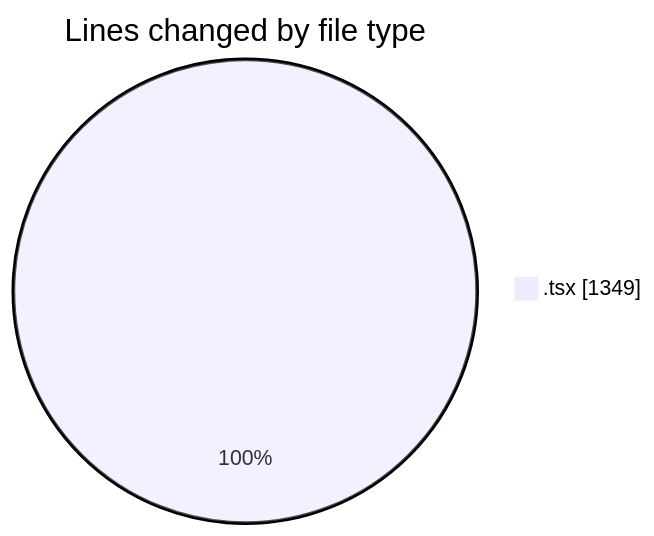
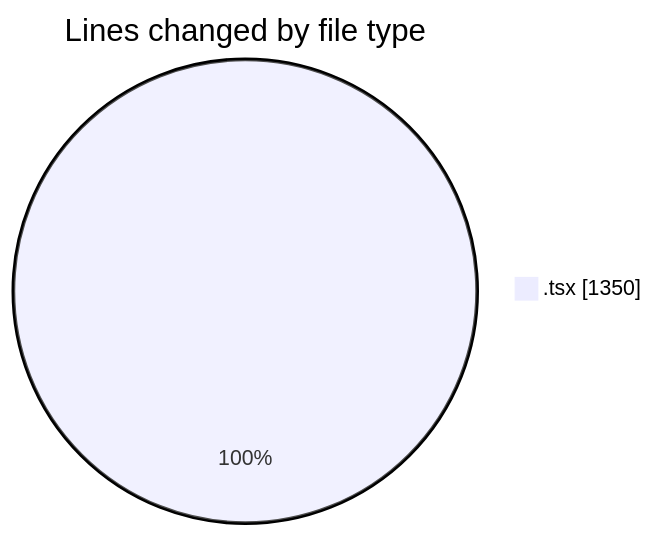
The first of 2 diagrams in 2026-06-11/nxtqube_webapp/README.md (nxtqubesakshisongat/code-tracking), drawn with Mermaid before and after one commit. The commit also changed other lines of this file and 1 other file, not shown here.

````diff
--- a/2026-06-11/nxtqube_webapp/README.md
+++ b/2026-06-11/nxtqube_webapp/README.md
@@ -21,5 +21,5 @@
 ```mermaid
 pie showData
 title Lines changed by file type
-".tsx" : 1349
+".tsx" : 1350
 ```
````
